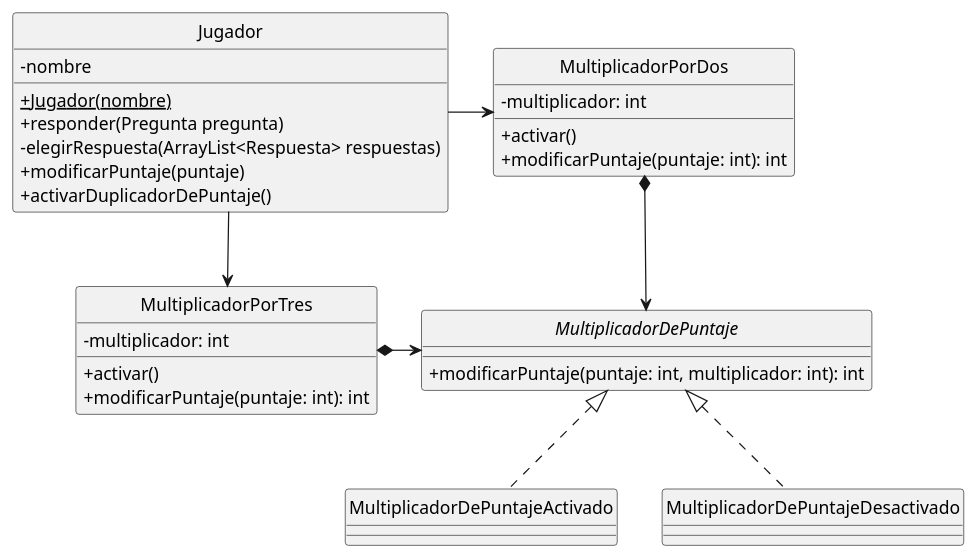
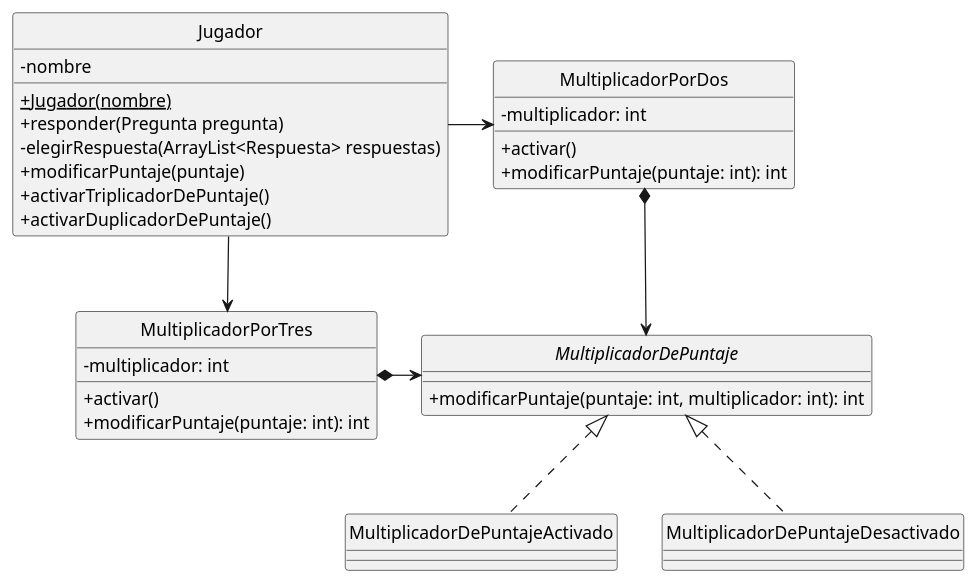
Before and after one commit to lorenzocabirta7/TP2-Algoritmos-y-Programacion-III: the diagram in src/diagramas/Multiplicadores.puml, drawn with PlantUML. The commit also changed 17 other files, not shown here.

```diff
--- a/src/diagramas/Multiplicadores.puml
+++ b/src/diagramas/Multiplicadores.puml
@@ -1,46 +1,48 @@
 @startuml
 'https://plantuml.com/class-diagram'
 hide circle
 skinparam classAttributeIconSize 0
 skinparam monochrome true
 
 class Jugador {
 
     -nombre
     +{static}Jugador(nombre)
     +responder(Pregunta pregunta)
     -elegirRespuesta(ArrayList<Respuesta> respuestas)
     +modificarPuntaje(puntaje)
+    +activarTriplicadorDePuntaje()
     +activarDuplicadorDePuntaje()
 }
+
 Jugador -> MultiplicadorPorDos
 Jugador --> MultiplicadorPorTres
 
 class MultiplicadorPorDos {
     -multiplicador: int
     +activar()
     +modificarPuntaje(puntaje: int): int
 }
 MultiplicadorPorDos *-> MultiplicadorDePuntaje
 
 class MultiplicadorPorTres{
     -multiplicador: int
     +activar()
     +modificarPuntaje(puntaje: int): int
 }
 MultiplicadorPorTres *-> MultiplicadorDePuntaje
 
 interface MultiplicadorDePuntaje {
     +modificarPuntaje(puntaje: int, multiplicador: int): int
 }
 
 class MultiplicadorDePuntajeActivado implements MultiplicadorDePuntaje {
 
 }
 
 class MultiplicadorDePuntajeDesactivado implements MultiplicadorDePuntaje {
 
 }
 
 
 @enduml
```
